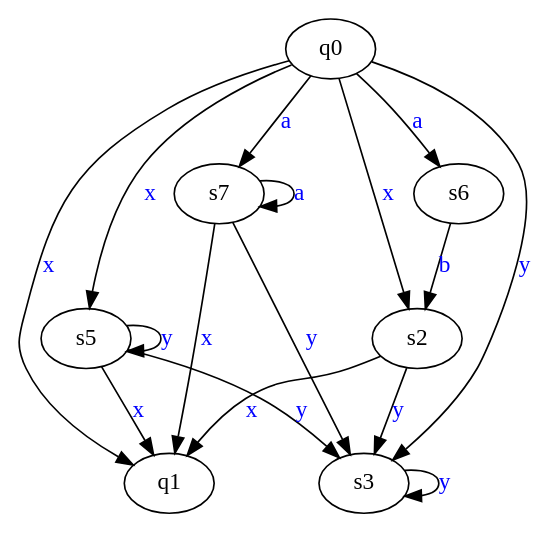
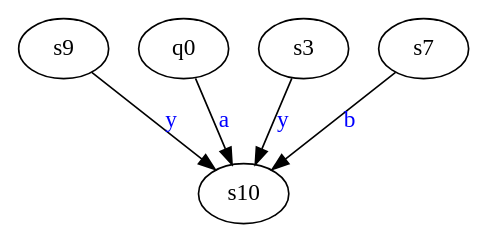
Before and after one commit to SmartPhoneJava/compiler-design: the diagram in assets/v4.dot, drawn with Graphviz. The commit also changed 29 other files, not shown here.

```diff
--- a/assets/v4.dot
+++ b/assets/v4.dot
@@ -1,26 +1,12 @@
 digraph G {
-	s7->q1[ label=<<font color="blue">x</font>> ];
-	s5->s3[ label=<<font color="blue">y</font>> ];
-	s5->s5[ label=<<font color="blue">y</font>> ];
-	s6->s2[ label=<<font color="blue">b</font>> ];
-	q0->s3[ label=<<font color="blue">y</font>> ];
-	s2->q1[ label=<<font color="blue">x</font>> ];
-	s2->s3[ label=<<font color="blue">y</font>> ];
-	s5->q1[ label=<<font color="blue">x</font>> ];
-	q0->s7[ label=<<font color="blue">a</font>> ];
-	s3->s3[ label=<<font color="blue">y</font>> ];
-	q0->s5[ label=<<font color="blue">x</font>> ];
-	s7->s3[ label=<<font color="blue">y</font>> ];
-	s7->s7[ label=<<font color="blue">a</font>> ];
-	q0->s6[ label=<<font color="blue">a</font>> ];
-	q0->s2[ label=<<font color="blue">x</font>> ];
-	q0->q1[ label=<<font color="blue">x</font>> ];
-	q0;
-	q1;
-	s2;
-	s3;
-	s5;
-	s6;
-	s7;
+	"s9"->"s10"[ label=<<font color="blue">y</font>> ];
+	"q0"->"s10"[ label=<<font color="blue">a</font>> ];
+	"s3"->"s10"[ label=<<font color="blue">y</font>> ];
+	"s7"->"s10"[ label=<<font color="blue">b</font>> ];
+	"q0";
+	"s10";
+	"s3";
+	"s7";
+	"s9";
 
 }
```
